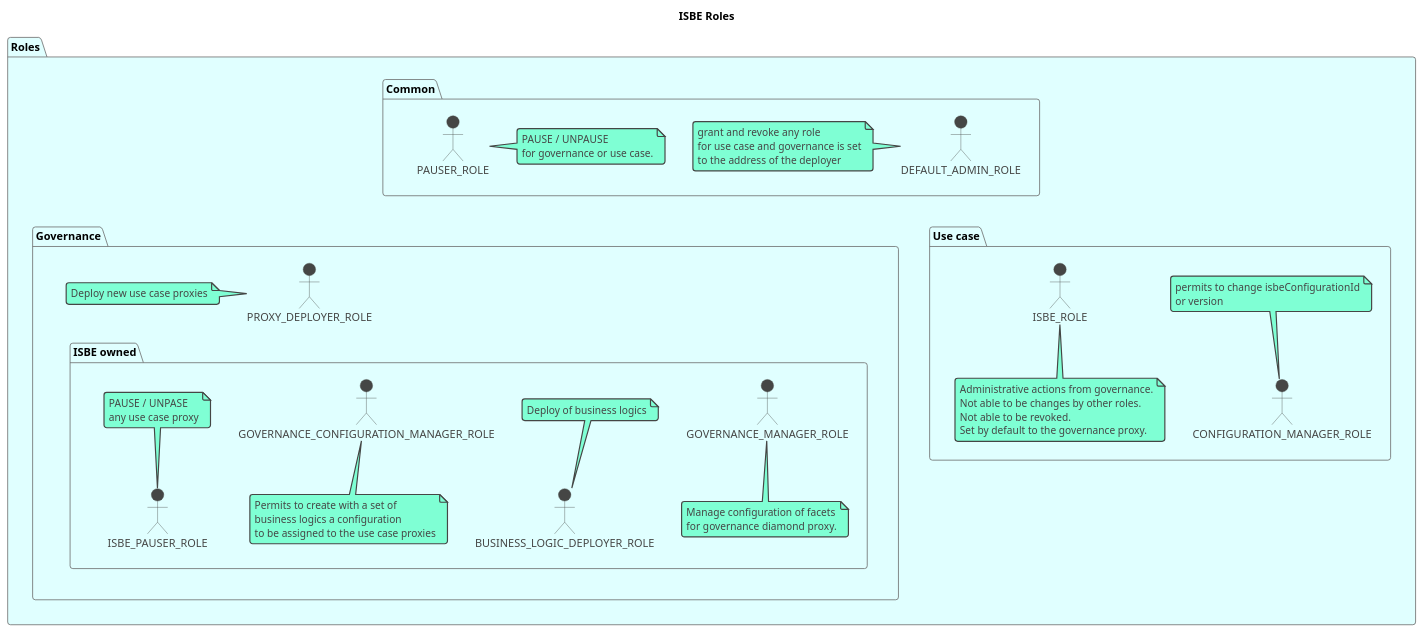
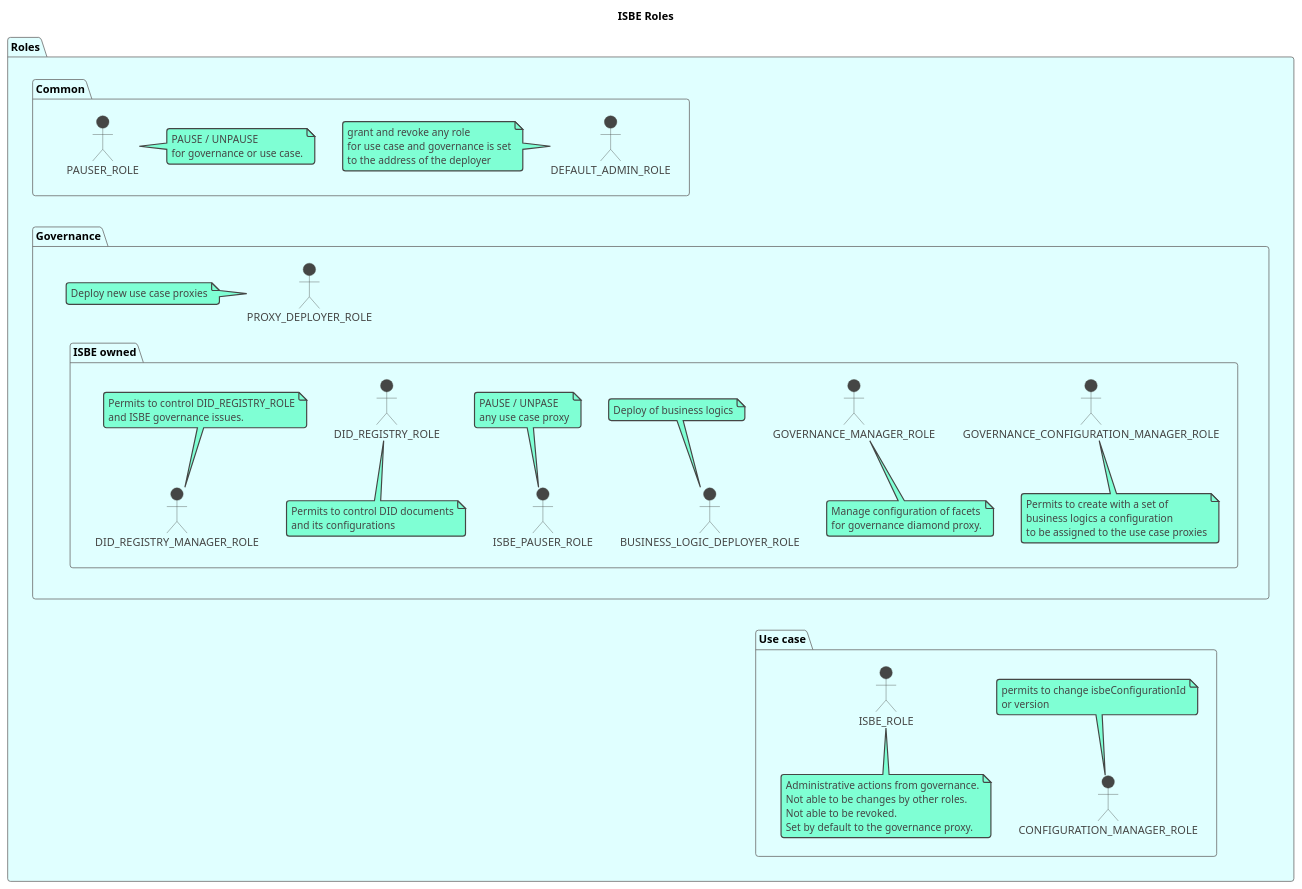
The diagram in docs/diagrams/ISBE_Roles.puml (red-isbe/isbe-contracts), drawn with PlantUML before and after one commit. The commit also changed 11 other files, not shown here.

First line of the commit message:
Integrate `DidRegistryFacet` into governance diamond architecture

```diff
--- a/docs/diagrams/ISBE_Roles.puml
+++ b/docs/diagrams/ISBE_Roles.puml
@@ -1,87 +1,95 @@
 @startuml
 !theme vibrant
 
 title ISBE Roles
 
 ' ACCIONES SOBRE GOBERNANZA
 ' 1. DESPLIEGUE Y VERSIONADO DE LÓGICAS DE NEGOCIO -> BUSINESS_LOGIC_DEPLOYER_ROLE
 ' 2. DESPLIEGUE DE PROXIES DE CASOS DE USO -> PROXY_DEPLOYER_ROLE *** NOT ISBE ***
 ' 3, GESTIONAR LAS CONFIGURACIONES DE LOS DIAMANTES -> GOVERNANCE_CONFIGURATION_MANAGER_ROLE
 ' 4. PAUSAR/UNPAUSAR OTRO TOKENS --> ISBE_PAUSER_ROLE
 ' 5. ASIGNAR/REVOCAR ROLES EN GOBERNANZA) --> DEFAULT_ADMIN_ROLE
 ' 6. GESTIONAR LAS FACETAS DEL DIAMANTE DE GOBERNANZA -> GOVERNANCE_MANAGER_ROLE
 ' 7. Pausar/UNPAUSAR DIAMANTE DE GOBERNANZA --> PAUSER_ROLE
 
 ' ACCIONES SOBRE CASOS DE USO
 ' 1. PAUSAR/DESPAUSAR POR EL PROPIETARIO DEL CASO DE USO -> PAUSER_ROLE
 ' 2. PAUSAR/DESPAUSAR POR ISBE -> ISBE_ROLE (Contrato gobernanza)
 ' 3. MANEJAR ROLES ADMINISTRATIVAMENTE -> DEFAULT_ADMIN_ROLE * Restricciones
 ' 4. GESTION DE CONFIGURACIÓN DEL ISBE PROXY -> CONFIGURATION_MANAGER_ROLE
 ' RULES:
 '   * ISBE_ROLE no se permite que se informe y se asigna el address del proxy de gobernanza
 '   * DEFAULT_ADMIN_ROLE no se permite que se informe y se asigna el address del msg.sender
 package "Roles" #LightCyan {
     package "Governance" {
         package "ISBE owned" {
             actor GOVERNANCE_MANAGER_ROLE
             note bottom of GOVERNANCE_MANAGER_ROLE
                 Manage configuration of facets
                 for governance diamond proxy.
             end note
             actor BUSINESS_LOGIC_DEPLOYER_ROLE
             note top of BUSINESS_LOGIC_DEPLOYER_ROLE
                 Deploy of business logics
             end note
             actor GOVERNANCE_CONFIGURATION_MANAGER_ROLE
             note bottom of GOVERNANCE_CONFIGURATION_MANAGER_ROLE
                 Permits to create with a set of
                 business logics a configuration
                 to be assigned to the use case proxies
             end note
             actor ISBE_PAUSER_ROLE
             note top of ISBE_PAUSER_ROLE
                 PAUSE / UNPASE
                 any use case proxy
             end note
+            actor DID_REGISTRY_ROLE
+            note bottom of DID_REGISTRY_ROLE
+                Permits to control DID documents
+                and its configurations
+            end note
+            actor DID_REGISTRY_MANAGER_ROLE
+            note top of DID_REGISTRY_MANAGER_ROLE
+                Permits to control DID_REGISTRY_ROLE
+                and ISBE governance issues.
+            end note
         }
         actor PROXY_DEPLOYER_ROLE
         note left of PROXY_DEPLOYER_ROLE
             Deploy new use case proxies
         end note
         PROXY_DEPLOYER_ROLE -[hidden]- "ISBE owned"
     }
     package "Use case" {
         actor CONFIGURATION_MANAGER_ROLE
         note top of CONFIGURATION_MANAGER_ROLE
             permits to change isbeConfigurationId
             or version
         end note
         actor ISBE_ROLE
         note bottom of ISBE_ROLE
             Administrative actions from governance.
             Not able to be changes by other roles.
             Not able to be revoked.
             Set by default to the governance proxy.
         end note
     }
 
     package "Common" {
         actor DEFAULT_ADMIN_ROLE
         note left of DEFAULT_ADMIN_ROLE
             grant and revoke any role
             for use case and governance is set
             to the address of the deployer
         end note
         actor PAUSER_ROLE
         note right of PAUSER_ROLE
             PAUSE / UNPAUSE
             for governance or use case.
         end note
     }
-    "Governance" -r[hidden]- "Use case"
-    "Common" -d[hidden]- "Use case"
-    "Common" -d[hidden]- "Governance"
-
 }
-
+"Use case" -u[hidden]- "GOVERNANCE_CONFIGURATION_MANAGER_ROLE"
+"Governance" -u[hidden]- "Common"
+"Use case" -u[hidden]- "BUSINESS_LOGIC_DEPLOYER_ROLE"
 @enduml
```
